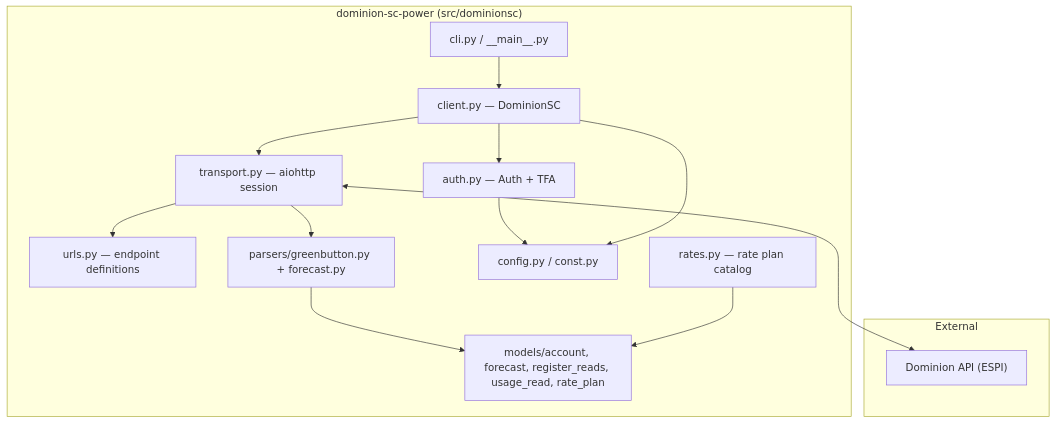
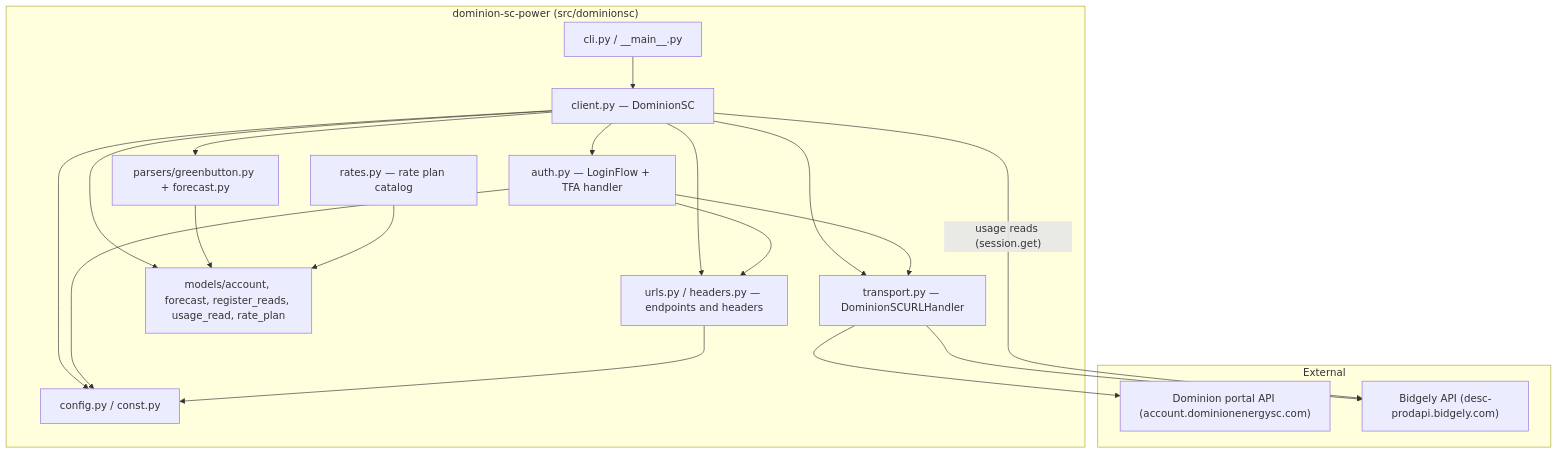
Before and after one commit to hype8912/dominion-sc-power: the diagram in docs/architecture/01-overview.md, drawn with Mermaid. The commit also changed other lines of this file and 20 other files, not shown here.

````diff
--- a/docs/architecture/01-overview.md
+++ b/docs/architecture/01-overview.md
@@ -17,30 +19,37 @@
 ```mermaid
 flowchart TB
     subgraph External
-        Dominion_API["Dominion API (ESPI)"]
+        Dominion_API["Dominion portal API (account.dominionenergysc.com)"]
+        Bidgely_API["Bidgely API (desc-prodapi.bidgely.com)"]
     end
 
     subgraph Library["dominion-sc-power (src/dominionsc)"]
         CLI["cli.py / __main__.py"]
         Client["client.py — DominionSC"]
-        Auth["auth.py — Auth + TFA"]
-        Transport["transport.py — aiohttp session"]
-        URLs["urls.py — endpoint definitions"]
+        Auth["auth.py — LoginFlow + TFA handler"]
+        Transport["transport.py — DominionSCURLHandler"]
+        URLs["urls.py / headers.py — endpoints and headers"]
         Parsers["parsers/greenbutton.py + forecast.py"]
         Models["models/account, forecast, register_reads, usage_read, rate_plan"]
         Config["config.py / const.py"]
         Rates["rates.py — rate plan catalog"]
     end
 
     CLI --> Client
     Client --> Auth
     Client --> Transport
-    Transport --> URLs
-    Transport --> Parsers
+    Client --> URLs
+    Client --> Parsers
+    Client --> Models
+    Client --> Config
+    Auth --> Transport
+    Auth --> URLs
+    Auth --> Config
+    URLs --> Config
     Parsers --> Models
-    Auth --> Config
-    Client --> Config
     Rates --> Models
 
-    Transport <---> Dominion_API
+    Transport --> Dominion_API
+    Transport --> Bidgely_API
+    Client -->|"usage reads (session.get)"| Bidgely_API
 ```
````
